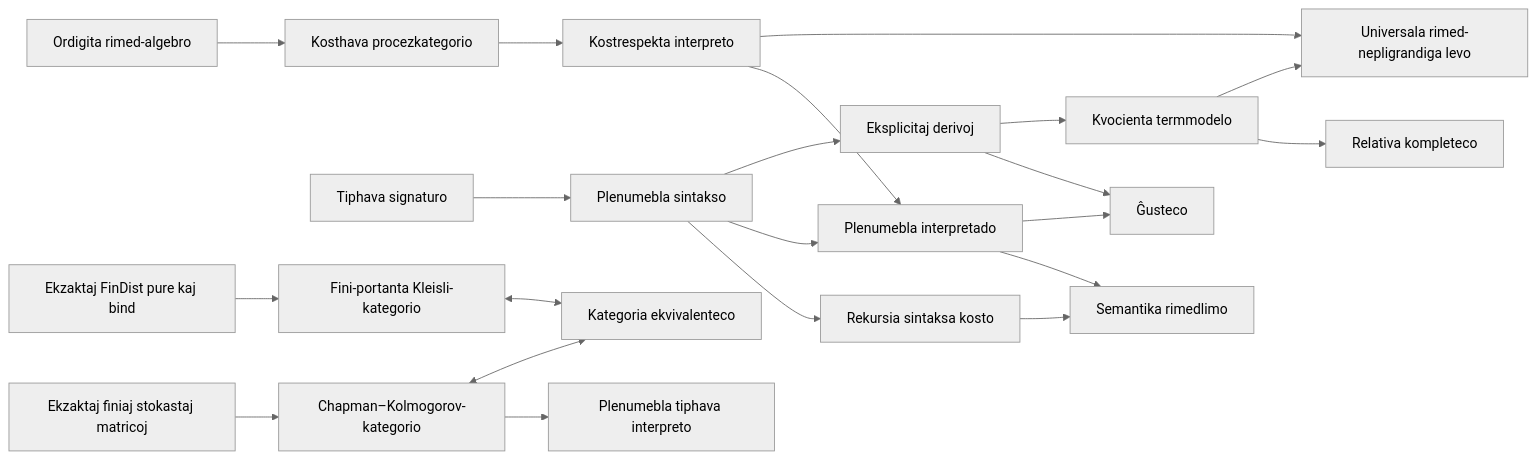
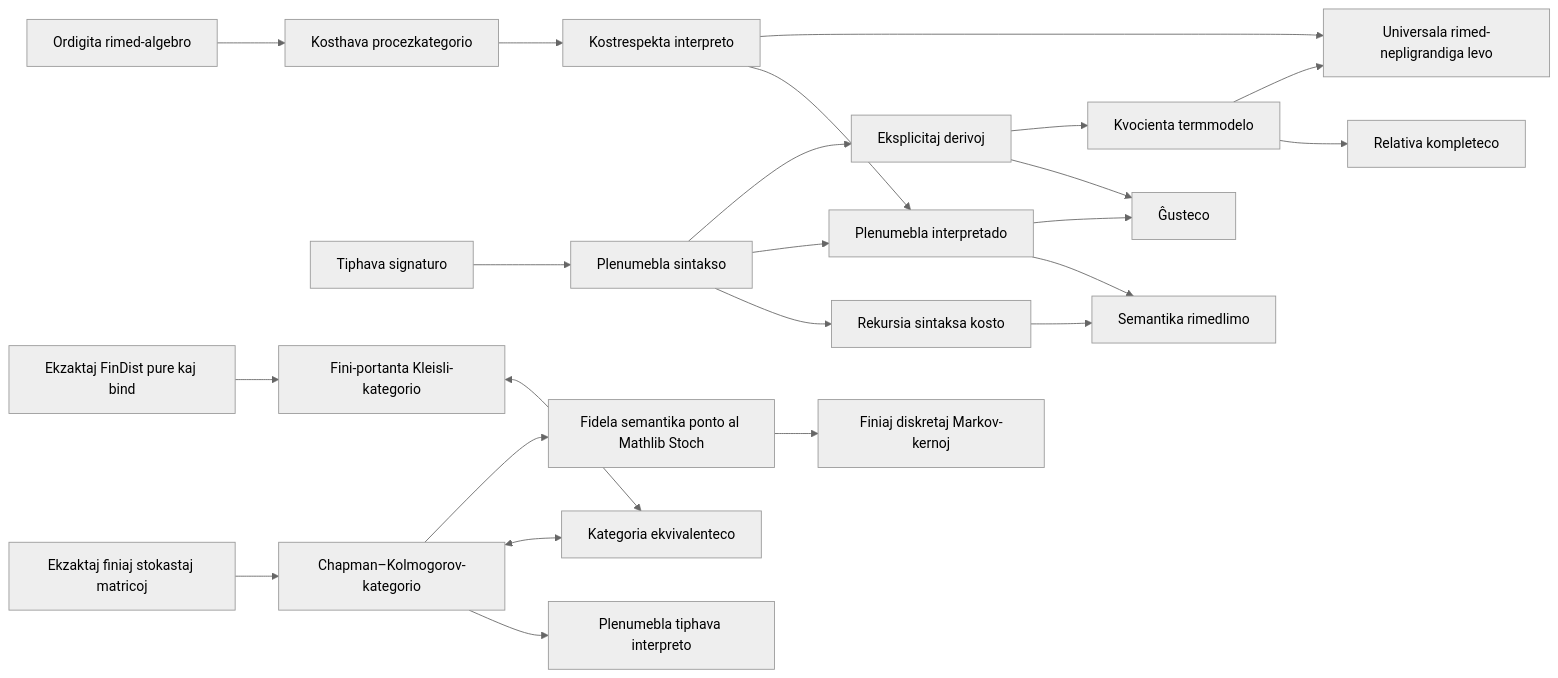
The diagram in docs/README.eo.md (miuchan/ript), drawn with Mermaid (neutral theme) before and after one commit. The commit also changed other lines of this file and 10 other files, not shown here.

Commit message:
Prove the faithful Mathlib Stoch bridge (#5)

````diff
--- a/docs/README.eo.md
+++ b/docs/README.eo.md
@@ -256,23 +296,25 @@
 ```mermaid
 flowchart LR
   R["Ordigita rimed-algebro"] --> C["Kosthava procezkategorio"]
   S["Tiphava signaturo"] --> X["Plenumebla sintakso"]
   X --> K["Rekursia sintaksa kosto"]
   C --> I["Kostrespekta interpreto"]
   X --> E["Plenumebla interpretado"]
   I --> E
   K --> B["Semantika rimedlimo"]
   E --> B
   X --> D["Eksplicitaj derivoj"]
   D --> SO["Ĝusteco"]
   E --> SO
   D --> T["Kvocienta termmodelo"]
   T --> CO["Relativa kompleteco"]
   I --> U["Universala rimed-nepligrandiga levo"]
   T --> U
   F["Ekzaktaj finiaj stokastaj matricoj"] --> CK["Chapman–Kolmogorov-kategorio"]
   CK --> EX["Plenumebla tiphava interpreto"]
   FD["Ekzaktaj FinDist pure kaj bind"] --> KL["Fini-portanta Kleisli-kategorio"]
   CK <--> EQ["Kategoria ekvivalenteco"]
   KL <--> EQ
+  CK --> ST["Fidela semantika ponto al Mathlib Stoch"]
+  ST --> MT["Finiaj diskretaj Markov-kernoj"]
 ```
````
